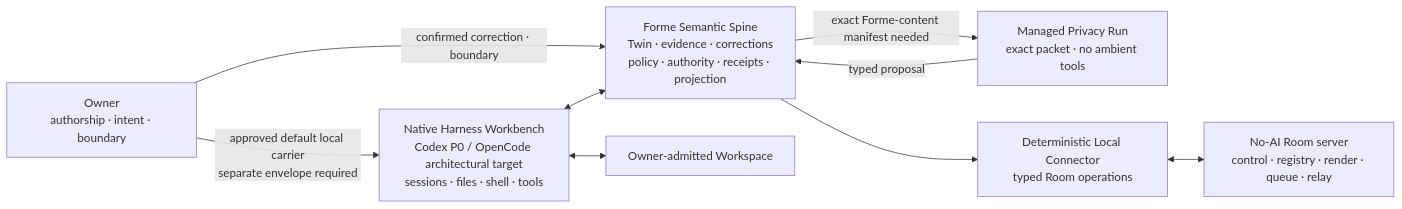
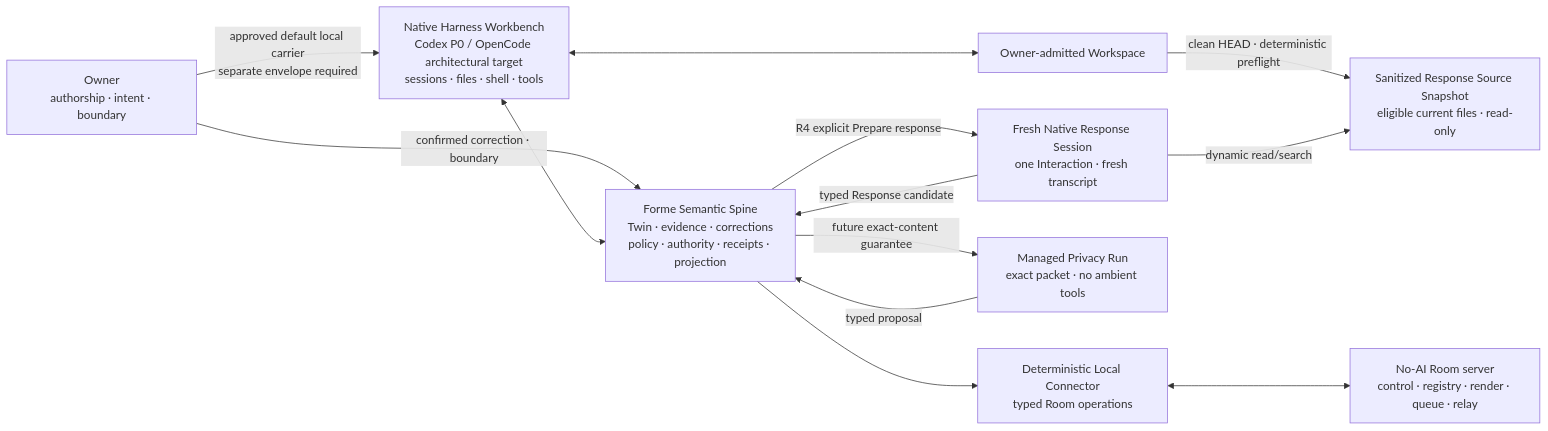
One commit to formehq/forme changed the diagram in docs/ARCHITECTURE.md. Above: the diagram before and after it, drawn with Mermaid. The commit also changed other lines of this file and 15 other files, not shown here.

Commit message:
Prepare Fresh Native Response T3 contract

````diff
--- a/docs/ARCHITECTURE.md
+++ b/docs/ARCHITECTURE.md
@@ -14,11 +15,15 @@
 ```mermaid
 flowchart LR
     Owner["Owner<br/>authorship · intent · boundary"] -->|"approved default local carrier<br/>separate envelope required"| Workbench["Native Harness Workbench<br/>Codex P0 / OpenCode architectural target<br/>sessions · files · shell · tools"]
     Owner -->|"confirmed correction · boundary"| Core
     Workbench <--> Core["Forme Semantic Spine<br/>Twin · evidence · corrections<br/>policy · authority · receipts · projection"]
     Workbench <--> Workspace["Owner-admitted Workspace"]
-    Core -->|"exact Forme-content manifest needed"| Managed["Managed Privacy Run<br/>exact packet · no ambient tools"]
+    Core -->|"R4 explicit Prepare response"| Fresh["Fresh Native Response Session<br/>one Interaction · fresh transcript"]
+    Workspace -->|"clean HEAD · deterministic preflight"| Snapshot
+    Fresh -->|"dynamic read/search"| Snapshot["Sanitized Response Source Snapshot<br/>eligible current files · read-only"]
+    Fresh -->|"typed Response candidate"| Core
+    Core -->|"future exact-content guarantee"| Managed["Managed Privacy Run<br/>exact packet · no ambient tools"]
     Managed -->|"typed proposal"| Core
     Core --> Connector["Deterministic Local Connector<br/>typed Room operations"]
     Connector <--> Server["No-AI Room server<br/>control · registry · render · queue · relay"]
 ```
````
